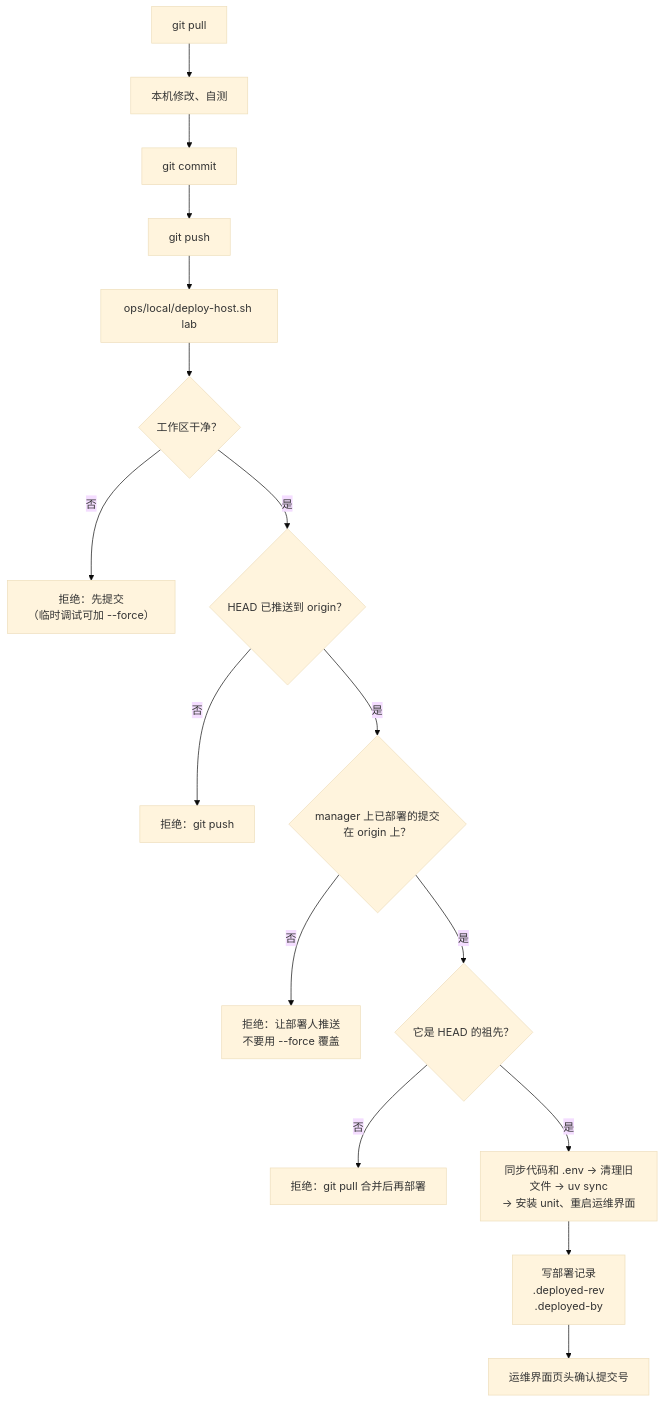
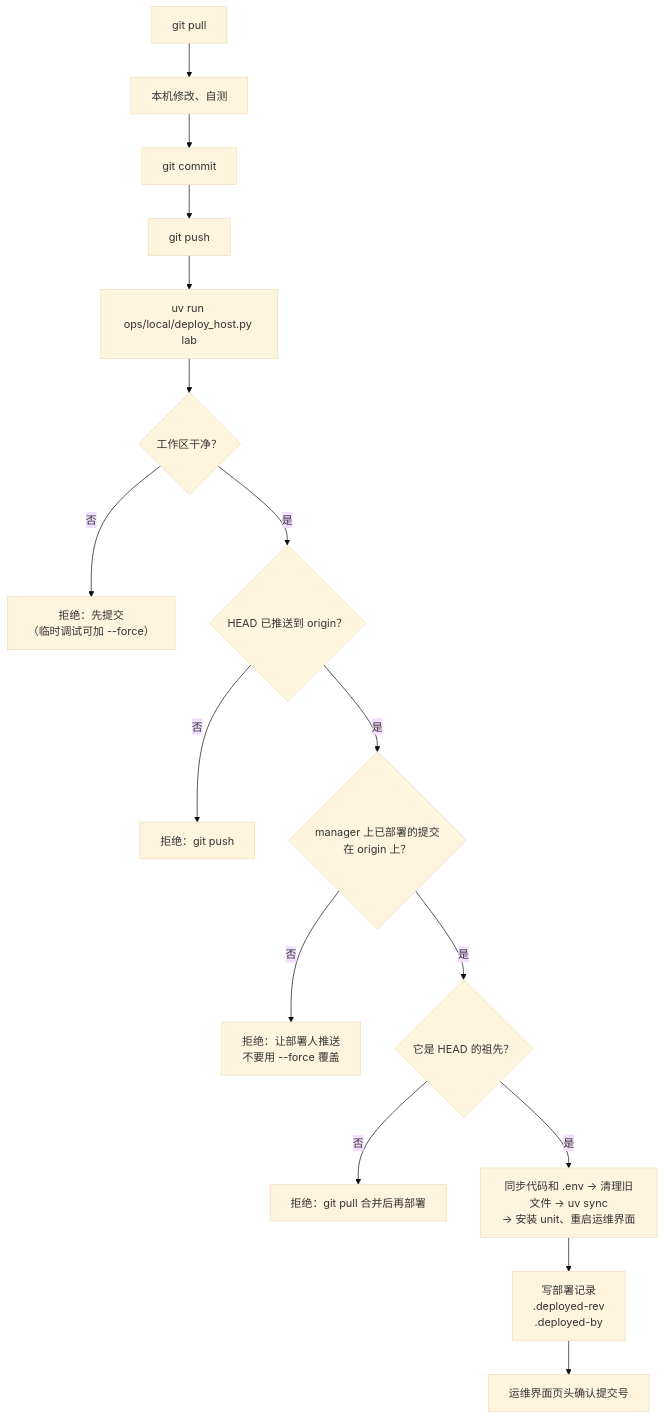
One commit to Wk-P/swarm-lb changed the third of 3 diagrams in README.md. Above: the diagram before and after it, drawn with Mermaid (base theme). The commit also changed other lines of this file and 61 other files, not shown here.

````diff
--- a/README.md
+++ b/README.md
@@ -322,15 +323,15 @@
 ```mermaid
 flowchart TD
-  P["git pull"] --> M["本机修改、自测"] --> CM["git commit"] --> PS["git push"] --> D["ops/local/deploy-host.sh lab"]
+  P["git pull"] --> M["本机修改、自测"] --> CM["git commit"] --> PS["git push"] --> D["uv run ops/local/deploy_host.py lab"]
   D --> K1{"工作区干净？"}
   K1 -- 否 --> X1["拒绝：先提交<br>（临时调试可加 --force）"]
   K1 -- 是 --> K2{"HEAD 已推送到 origin？"}
   K2 -- 否 --> X2["拒绝：git push"]
   K2 -- 是 --> K3{"manager 上已部署的提交<br>在 origin 上？"}
   K3 -- 否 --> X3["拒绝：让部署人推送<br>不要用 --force 覆盖"]
   K3 -- 是 --> K4{"它是 HEAD 的祖先？"}
   K4 -- 否 --> X4["拒绝：git pull 合并后再部署"]
   K4 -- 是 --> S["同步代码和 .env → 清理旧文件 → uv sync<br>→ 安装 unit、重启运维界面"]
   S --> R["写部署记录<br>.deployed-rev<br>.deployed-by"]
   R --> V["运维界面页头确认提交号"]
 ```
````
